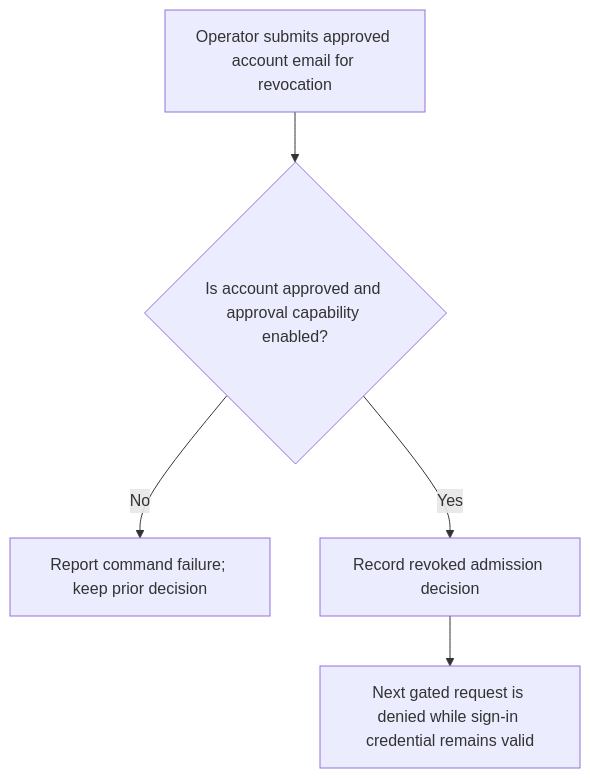
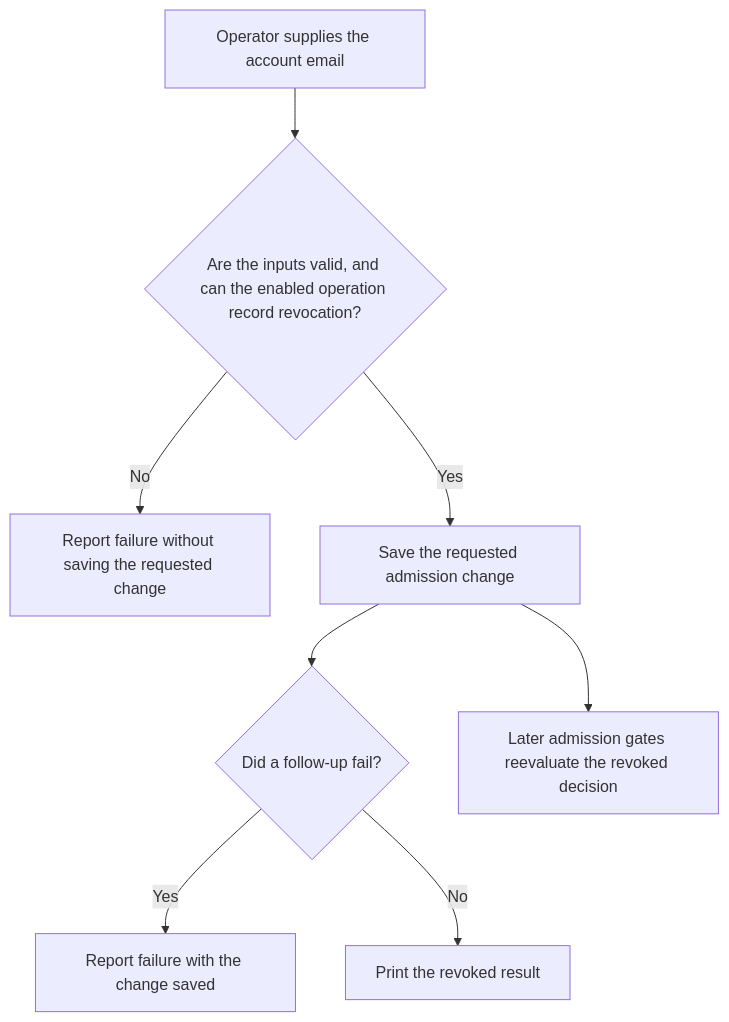
Before and after one commit to Kevinjohn/oss-adonisjs-account-kit: the first of 2 diagrams in user-stories/US-ACCOUNT-50-revoke-admission-as-operator.md, drawn with Mermaid. The commit also changed other lines of this file and 70 other files, not shown here.

````diff
--- a/user-stories/US-ACCOUNT-50-revoke-admission-as-operator.md
+++ b/user-stories/US-ACCOUNT-50-revoke-admission-as-operator.md
@@ -19,7 +19,10 @@
 ```mermaid
 flowchart TD
- A["Operator submits approved account email for revocation"] --> B{"Is account approved and approval capability enabled?"}
- B -->|No| C["Report command failure; keep prior decision"]
- B -->|Yes| D["Record revoked admission decision"]
- D --> E["Next gated request is denied while sign-in credential remains valid"]
+ A["Operator supplies the account email"] --> B{"Are the inputs valid, and can the enabled operation record revocation?"}
+ B -->|No| C["Report failure without saving the requested change"]
+ B -->|Yes| D["Save the requested admission change"]
+ D --> E{"Did a follow-up fail?"}
+ E -->|Yes| F["Report failure with the change saved"]
+ E -->|No| G["Print the revoked result"]
+ D --> J["Later admission gates reevaluate the revoked decision"]
 ```
````
